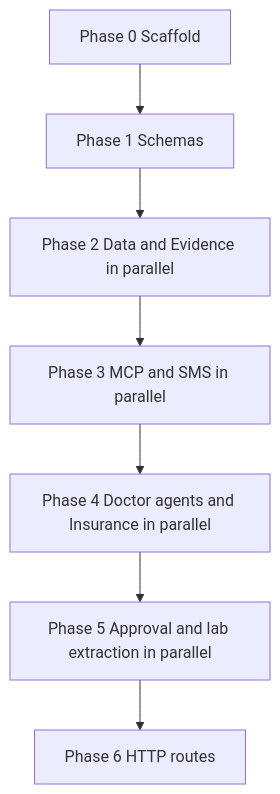
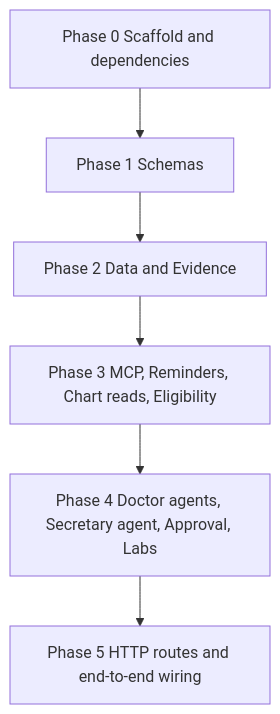
Before and after one commit to BorowskiKacper/meridian-health: the diagram in backend-orchestrator.md, drawn with Mermaid. The commit also changed other lines of this file and 2 other files, not shown here.

````diff
--- a/backend-orchestrator.md
+++ b/backend-orchestrator.md
@@ -70,9 +104,8 @@
 ```mermaid
 flowchart TB
-  P0["Phase 0 Scaffold"] --> P1["Phase 1 Schemas"]
-  P1 --> P2["Phase 2 Data and Evidence in parallel"]
-  P2 --> P3["Phase 3 MCP and SMS in parallel"]
-  P3 --> P4["Phase 4 Doctor agents and Insurance in parallel"]
-  P4 --> P5["Phase 5 Approval and lab extraction in parallel"]
-  P5 --> P6["Phase 6 HTTP routes"]
+  P0["Phase 0 Scaffold and dependencies"] --> P1["Phase 1 Schemas"]
+  P1 --> P2["Phase 2 Data and Evidence"]
+  P2 --> P3["Phase 3 MCP, Reminders, Chart reads, Eligibility"]
+  P3 --> P4["Phase 4 Doctor agents, Secretary agent, Approval, Labs"]
+  P4 --> P5["Phase 5 HTTP routes and end-to-end wiring"]
 ```
````
